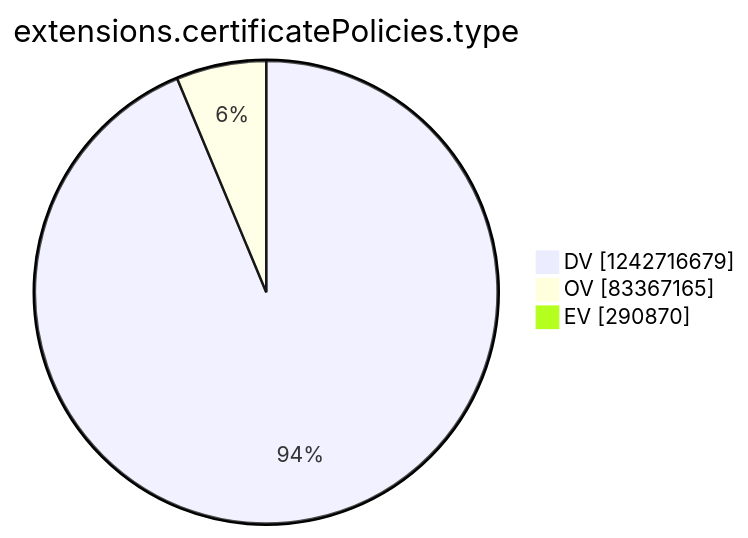
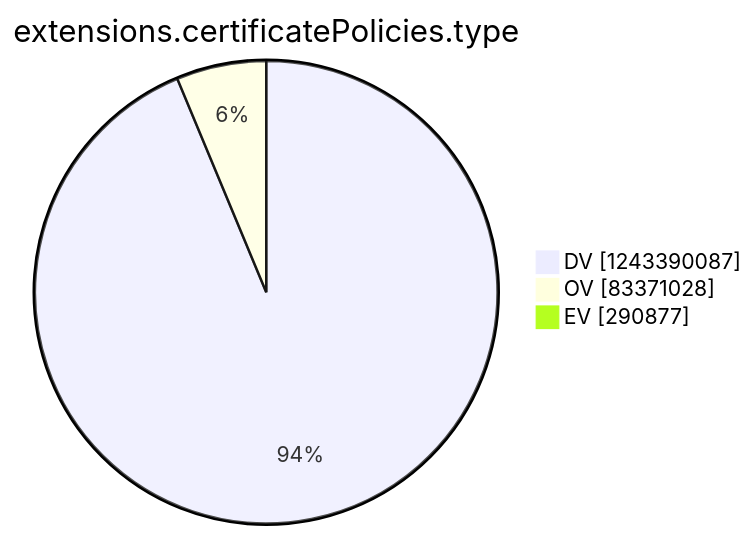
Before and after one commit to christiankrug/ctmonitor_visualization: the tenth of 15 diagrams in argon2022/README.md, drawn with Mermaid. The commit also changed other lines of this file, not shown here.

````diff
--- a/argon2022/README.md
+++ b/argon2022/README.md
@@ -2771,7 +2771,7 @@
 ```mermaid
 pie showData
 title extensions.certificatePolicies.type
-"DV" :1242716679
-"OV" :83367165
-"EV" :290870
+"DV" :1243390087
+"OV" :83371028
+"EV" :290877
 ```
````
